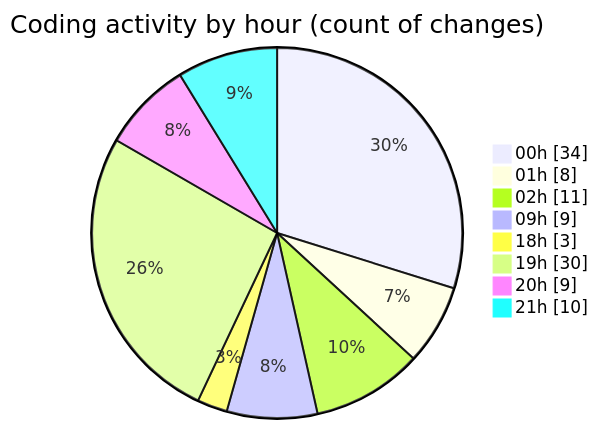
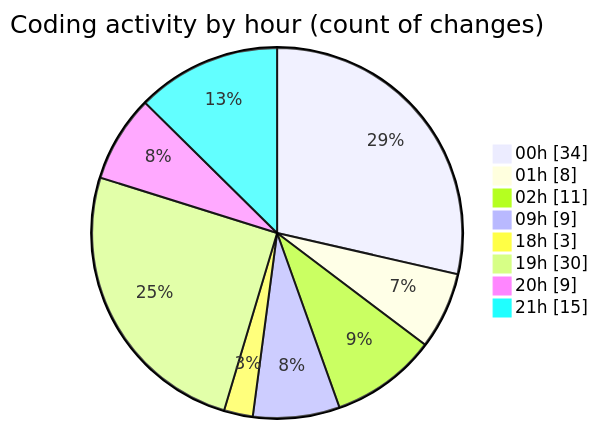
Before and after one commit to Elitesun/code-tracking: the second of 2 diagrams in 2025-05-18/niten/README.md, drawn with Mermaid. The commit also changed other lines of this file and 1 other file, not shown here.

````diff
--- a/2025-05-18/niten/README.md
+++ b/2025-05-18/niten/README.md
@@ -70,12 +70,12 @@
 ```mermaid
 pie showData
 title Coding activity by hour (count of changes)
 "00h" : 34
 "01h" : 8
 "02h" : 11
 "09h" : 9
 "18h" : 3
 "19h" : 30
 "20h" : 9
-"21h" : 10
+"21h" : 15
 ```
````
